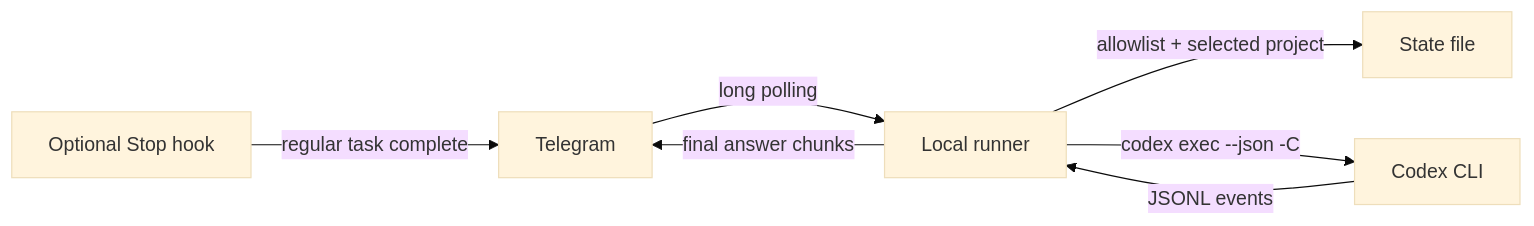
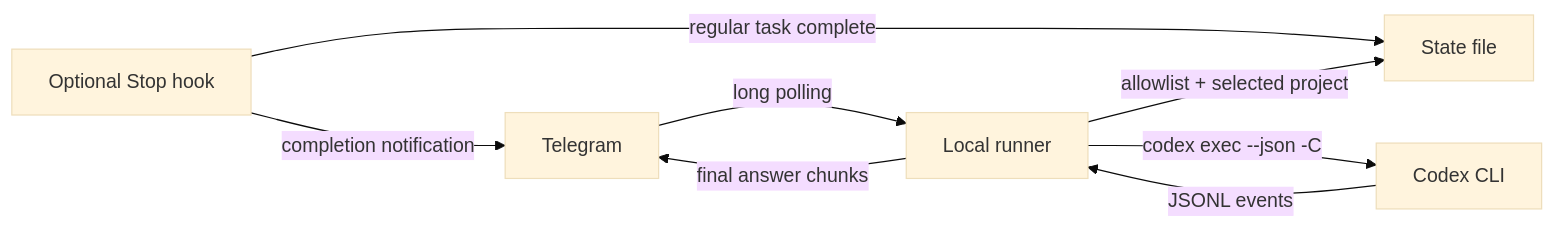
The diagram in README.md (davemessew/codex-telegram-remote), drawn with Mermaid (base theme) before and after one commit. The commit also changed other lines of this file and 11 other files, not shown here.

````diff
--- a/README.md
+++ b/README.md
@@ -205,9 +206,10 @@
 ```mermaid
 flowchart LR
   T["Telegram"] -->|"long polling"| R["Local runner"]
   R -->|"allowlist + selected project"| S["State file"]
   R -->|"codex exec --json -C <project>"| C["Codex CLI"]
   C -->|"JSONL events"| R
   R -->|"final answer chunks"| T
-  H["Optional Stop hook"] -->|"regular task complete"| T
+  H["Optional Stop hook"] -->|"regular task complete"| S
+  H -->|"completion notification"| T
 ```
````
